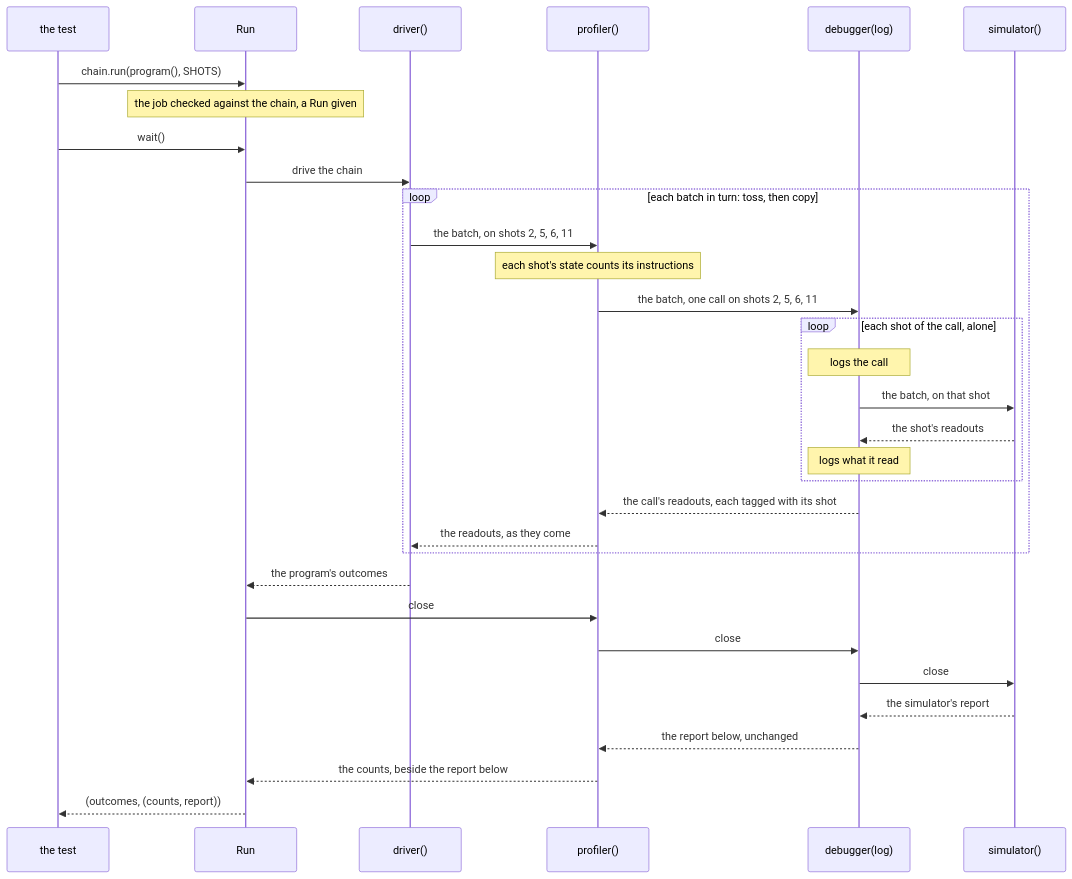
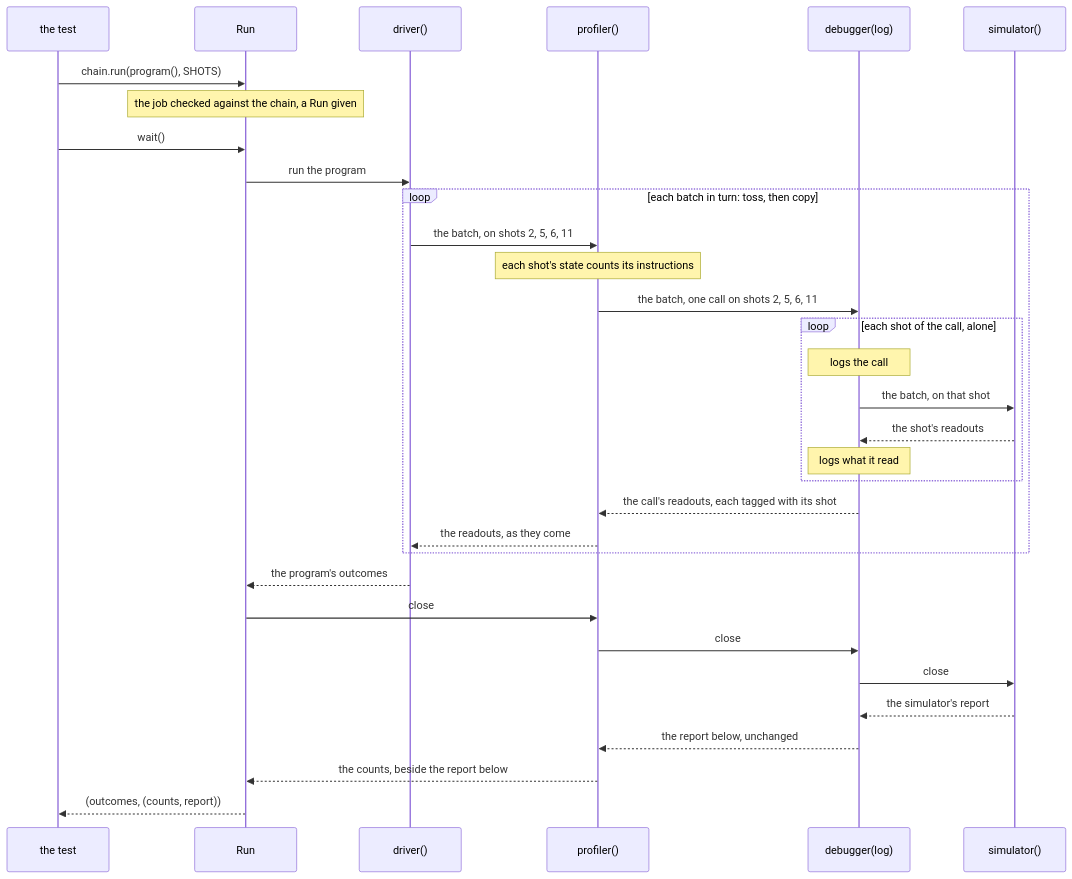
Before and after one commit to microsoft/qdk: the second of 2 diagrams in source/executor_protocol/README.md, drawn with Mermaid. The commit also changed other lines of this file and 64 other files, not shown here.

````diff
--- a/source/executor_protocol/README.md
+++ b/source/executor_protocol/README.md
@@ -163,34 +165,34 @@
 ```mermaid
 sequenceDiagram
   participant T as the test
   participant R as Run
   participant I as driver()
   participant P as profiler()
   participant D as debugger(log)
   participant S as simulator()
   T->>R: chain.run(program(), SHOTS)
   Note over R: the job checked against the chain, a Run given
   T->>R: wait()
-  R->>I: drive the chain
+  R->>I: run the program
   loop each batch in turn: toss, then copy
     I->>P: the batch, on shots 2, 5, 6, 11
     Note over P: each shot's state counts its instructions
     P->>D: the batch, one call on shots 2, 5, 6, 11
     loop each shot of the call, alone
       Note over D: logs the call
       D->>S: the batch, on that shot
       S-->>D: the shot's readouts
       Note over D: logs what it read
     end
     D-->>P: the call's readouts, each tagged with its shot
     P-->>I: the readouts, as they come
   end
   I-->>R: the program's outcomes
   R->>P: close
   P->>D: close
   D->>S: close
   S-->>D: the simulator's report
   D-->>P: the report below, unchanged
   P-->>R: the counts, beside the report below
   R-->>T: (outcomes, (counts, report))
 ```
````
